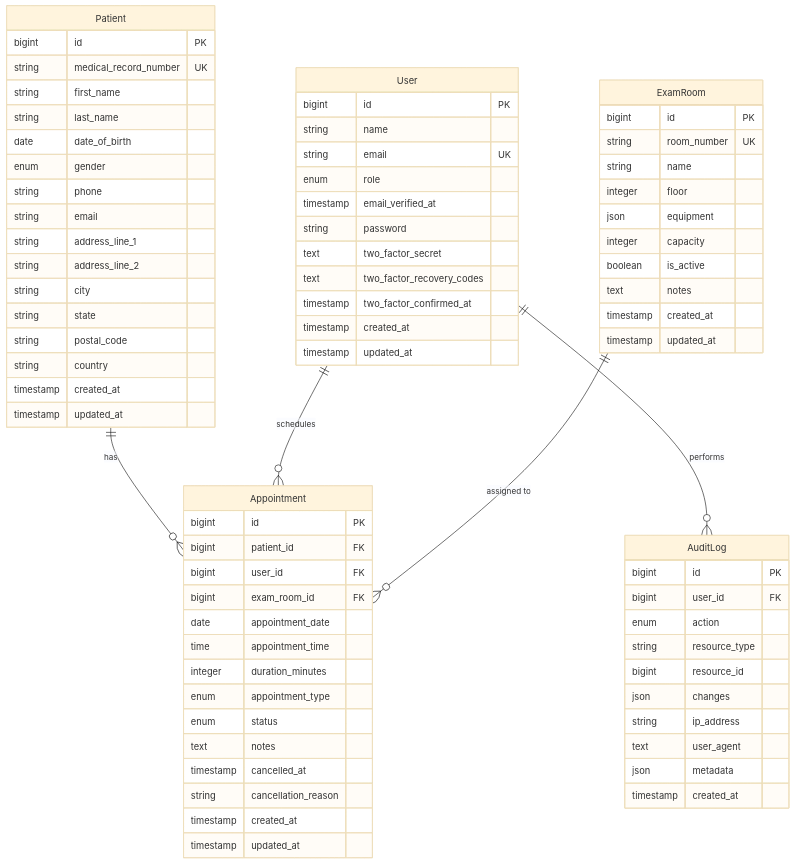
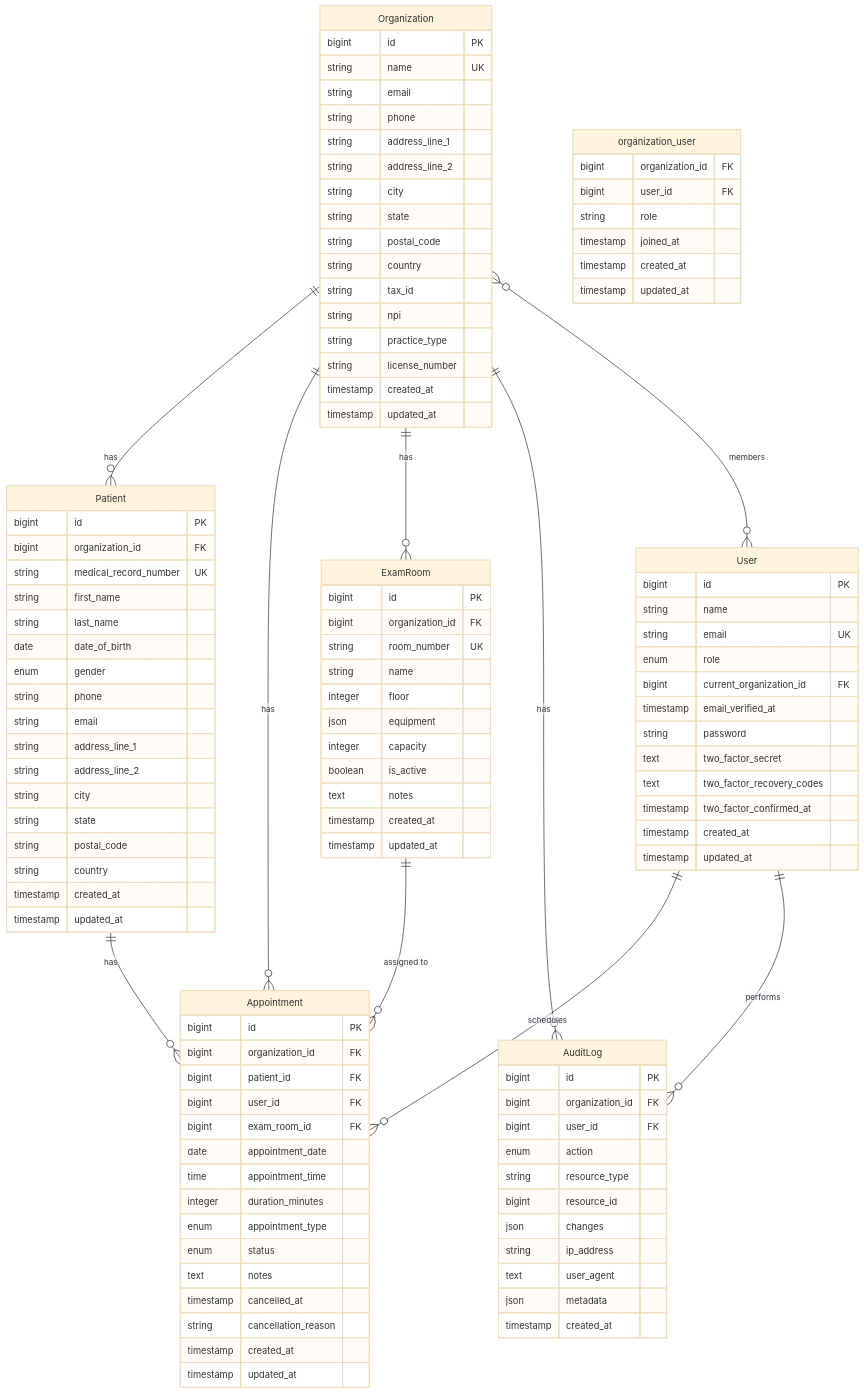
One commit to aphaiboon/ClinicFlow changed the diagram in docs/domain-model.md. Above: the diagram before and after it, drawn with Mermaid (base theme). The commit also changed other lines of this file and 13 other files, not shown here.

````diff
--- a/docs/domain-model.md
+++ b/docs/domain-model.md
@@ -134,12 +178,37 @@
 ```mermaid
 erDiagram
+    Organization ||--o{ Patient : "has"
+    Organization ||--o{ Appointment : "has"
+    Organization ||--o{ ExamRoom : "has"
+    Organization ||--o{ AuditLog : "has"
+    Organization }o--o{ User : "members"
     Patient ||--o{ Appointment : "has"
     User ||--o{ Appointment : "schedules"
     ExamRoom ||--o{ Appointment : "assigned to"
     User ||--o{ AuditLog : "performs"
     
+    Organization {
+        bigint id PK
+        string name UK
+        string email
+        string phone
+        string address_line_1
+        string address_line_2
+        string city
+        string state
+        string postal_code
+        string country
+        string tax_id
+        string npi
+        string practice_type
+        string license_number
+        timestamp created_at
+        timestamp updated_at
+    }
+    
     Patient {
         bigint id PK
+        bigint organization_id FK
         string medical_record_number UK
         string first_name
         string last_name
@@ -159,6 +228,7 @@
     
     Appointment {
         bigint id PK
+        bigint organization_id FK
         bigint patient_id FK
         bigint user_id FK
         bigint exam_room_id FK
@@ -176,6 +246,7 @@
     
     ExamRoom {
         bigint id PK
+        bigint organization_id FK
         string room_number UK
         string name
         integer floor
@@ -192,6 +263,7 @@
         string name
         string email UK
         enum role
+        bigint current_organization_id FK
         timestamp email_verified_at
         string password
         text two_factor_secret
@@ -203,6 +275,7 @@
     
     AuditLog {
         bigint id PK
+        bigint organization_id FK
         bigint user_id FK
         enum action
         string resource_type
@@ -213,4 +286,13 @@
         json metadata
         timestamp created_at
     }
+    
+    organization_user {
+        bigint organization_id FK
+        bigint user_id FK
+        string role
+        timestamp joined_at
+        timestamp created_at
+        timestamp updated_at
+    }
 ```
````
